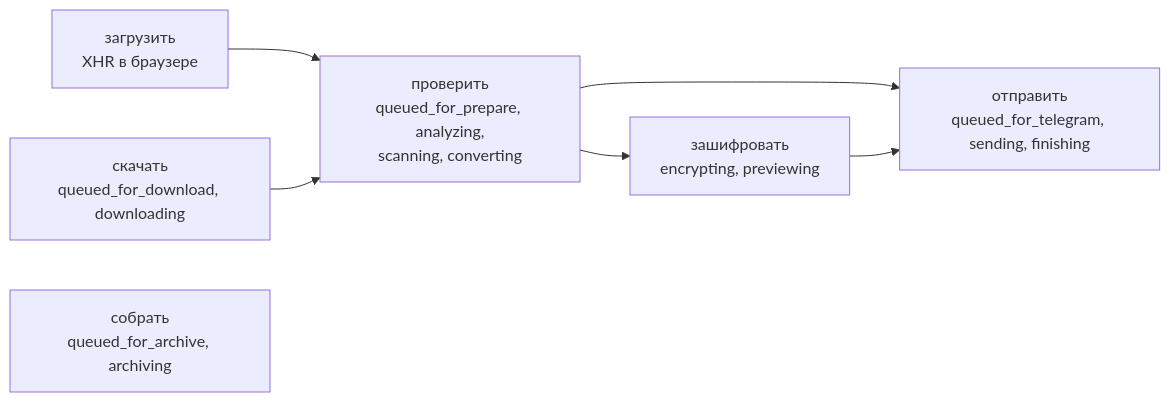
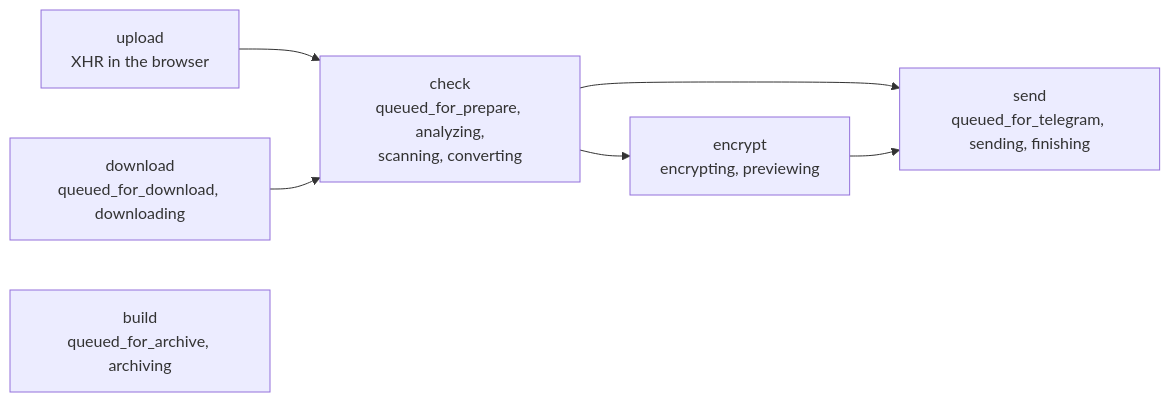
The seventh of 7 diagrams in docs/uploads-and-tasks.md (NikitkaZXC/tcloud-frontend), drawn with Mermaid before and after one commit. The commit also changed other lines of this file and 8 other files, not shown here.

````diff
--- a/docs/uploads-and-tasks.md
+++ b/docs/uploads-and-tasks.md
@@ -268,9 +276,9 @@
 ```mermaid
 flowchart LR
-    upload["загрузить<br/>XHR в браузере"] --> check
-    download["скачать<br/>queued_for_download, downloading"] --> check
-    check["проверить<br/>queued_for_prepare, analyzing,<br/>scanning, converting"] --> encrypt["зашифровать<br/>encrypting, previewing"]
+    upload["upload<br/>XHR in the browser"] --> check
+    download["download<br/>queued_for_download, downloading"] --> check
+    check["check<br/>queued_for_prepare, analyzing,<br/>scanning, converting"] --> encrypt["encrypt<br/>encrypting, previewing"]
     check --> send
-    encrypt --> send["отправить<br/>queued_for_telegram, sending, finishing"]
-    archive["собрать<br/>queued_for_archive, archiving"]
+    encrypt --> send["send<br/>queued_for_telegram, sending, finishing"]
+    archive["build<br/>queued_for_archive, archiving"]
 ```
````
